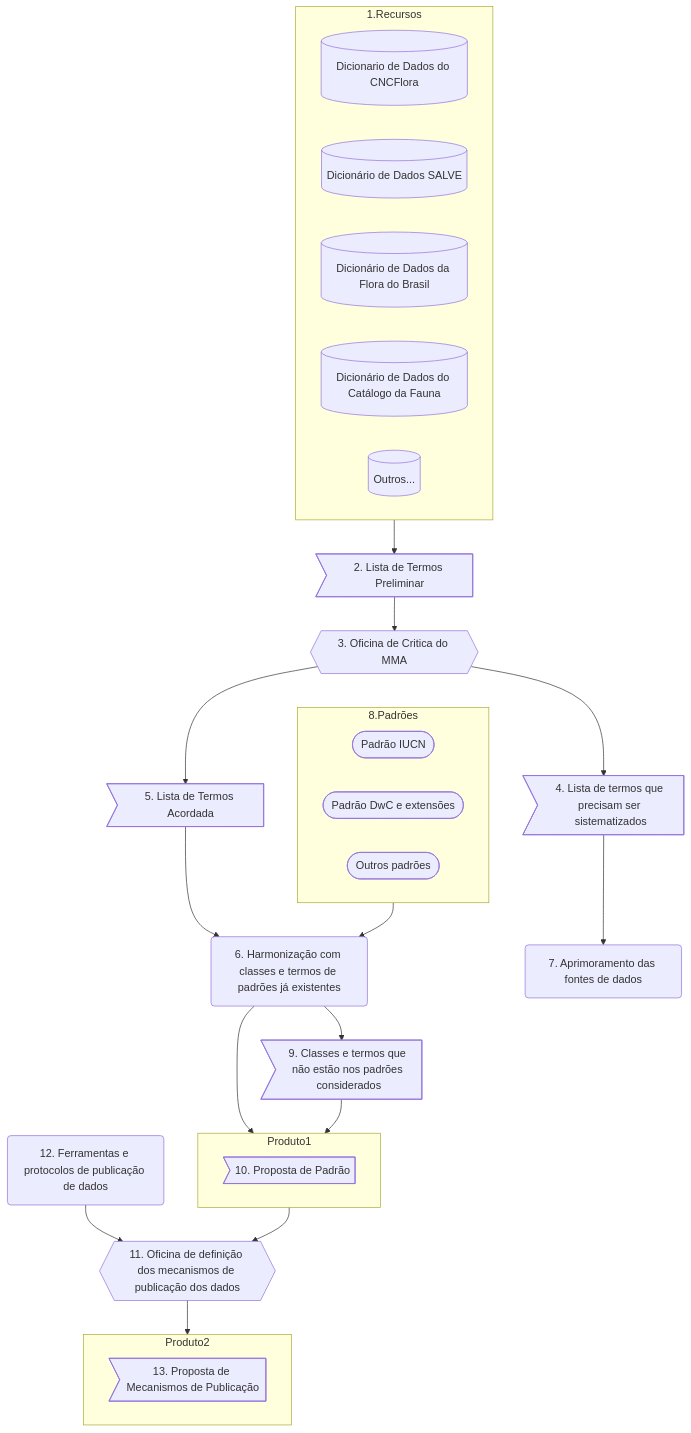
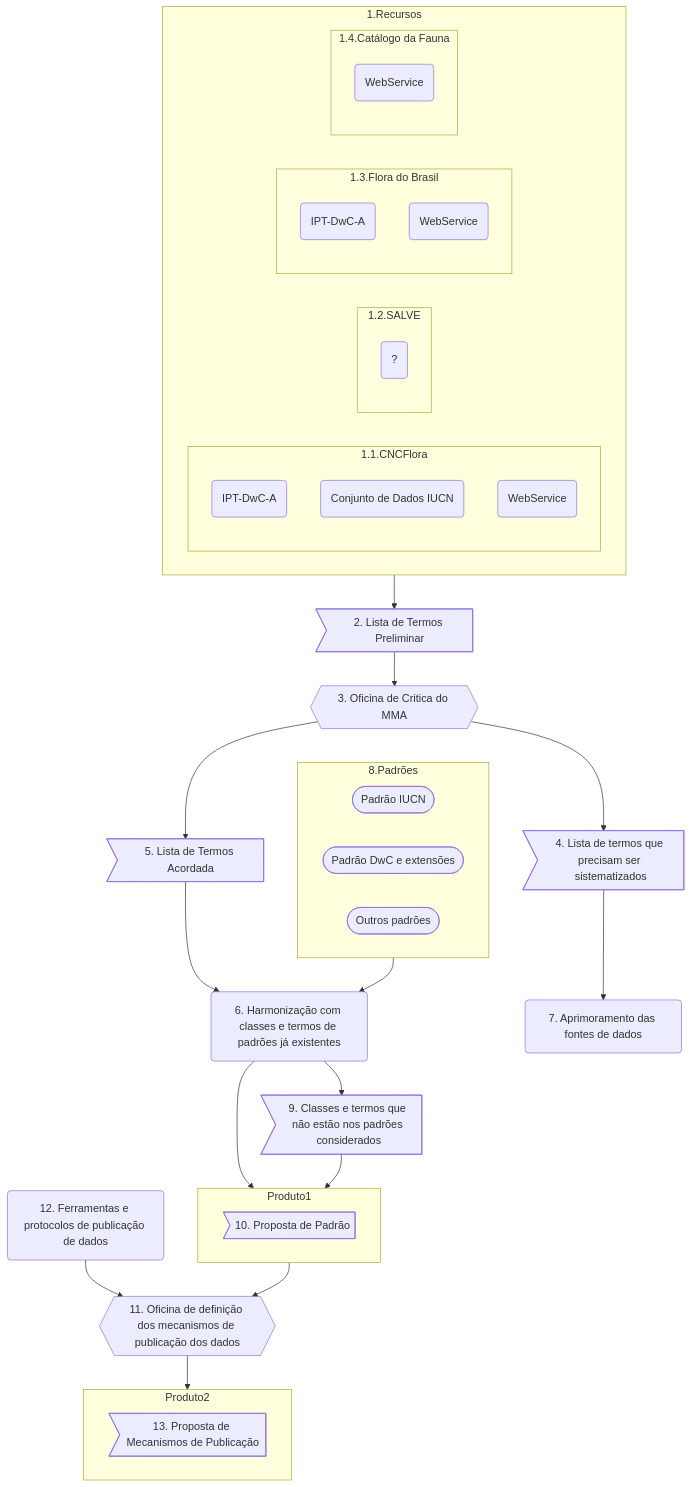
The first of 2 diagrams in readme/fluxograma/README.md (jlanna/MMA-Ameacadas), drawn with Mermaid before and after one commit.

````diff
--- a/readme/fluxograma/README.md
+++ b/readme/fluxograma/README.md
@@ -5,60 +5,74 @@
 ```mermaid
 flowchart TB
     
     %% define os recursos existentes que precisam ter seus termos levantados e compilados
     subgraph 1.Recursos
         direction RL    
-        dc1[(Dicionario de Dados do CNCFlora)]
-        dc2[(Dicionário de Dados SALVE)]
-        dc3[(Dicionário de Dados da Flora do Brasil)]
-        dc4[(Dicionário de Dados do Catálogo da Fauna)]
-        dc5[(Outros...)]
+        subgraph 1.1.CNCFlora
+            direction TB
+            rec1(IPT-DwC-A)
+            rec2(Conjunto de Dados IUCN)
+            rec3(WebService)
+        end
+        subgraph 1.2.SALVE
+            direction TB
+            rec4(?)
+        end
+        subgraph 1.3.Flora do Brasil
+            direction TB
+            rec5(IPT-DwC-A)
+            rec6(WebService)
+        end
+        subgraph 1.4.Catálogo da Fauna
+            direction TB
+            rec8(WebService)
+        end
      end
     
     %% geração do produto (2) 
     1.Recursos --> 2>2. Lista de Termos Preliminar]
 
     %% produto (2) alimenta a oficina do MMA para critica aos termos existentes (3)
     2 --> 3{{3. Oficina de Critica do MMA}}
 
     %% a oficina (3) tem como resultado uma lista de termos acordada (5) e uma lista de termos que é demandada pelo MMA mas não está presente nos recursos (4)
     3 --> 4>4. Lista de termos que precisam ser sistematizados]
     3 --> 5>5. Lista de Termos Acordada]
 
     %% a lista de termos que é demandada mas não está presente nos recursos alimenta um o aprimoramento das fontes de dados (7)
     4 --> 7(7. Aprimoramento das fontes de dados)
     
     %% a lista de termos acordada na oficina (5) alimenta a ação de harmonização dos termos com os padrões existentes (8), na ação (6)
     5 --> 6(6. Harmonização com classes e termos de padrões já existentes)
 
     %% bloco dos padrões existentes (8)
     subgraph 8.Padrões
         direction RL
         G([Padrão IUCN])
         H([Padrão DwC e extensões])
         I([Outros padrões])
     end
     8.Padrões --> 6
 
     %% a ação de harmonização irá encontrar classes e termos demandados que não estão presentes em nenhum padrão, gerando a necessidade de sistematizar essas classes e termos em um relatório (9)
     6 --> 9>9. Classes e termos que não estão nos padrões considerados]
 
     %% o Produto1 é gerado pela compilação das classes e termos presentes nos padrões existentes e por um novo conjunto de classes e termos, não presentes nos padrões mas demandados pelo MMA
     subgraph Produto1
         10>10. Proposta de Padrão]
     end
     6 --> Produto1
     9 --> Produto1
 
     %% o Produto1 alimenta a oficina para definição dos mecanimos de publicação
     Produto1 --> 11{{11. Oficina de definição dos mecanismos de publicação dos dados}}
 
     %% ferramentas e protocolos de publicação de dados também alimenta a oficina 11
     12(12. Ferramentas e protocolos de publicação de dados) --> 11
 
     %% a oficina 12 gera a proposta de mecanismos de publicação
     subgraph Produto2
         13>13. Proposta de Mecanismos de Publicação]
     end
     11 --> Produto2
 ```
````
